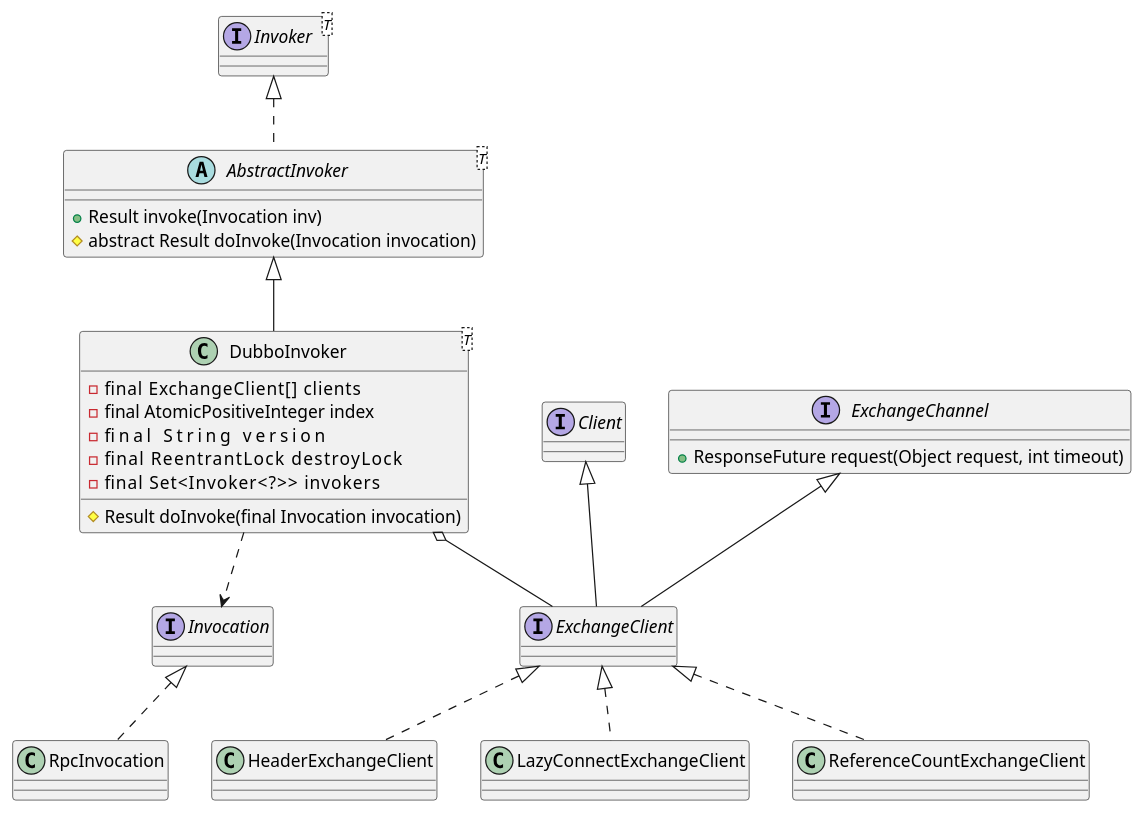
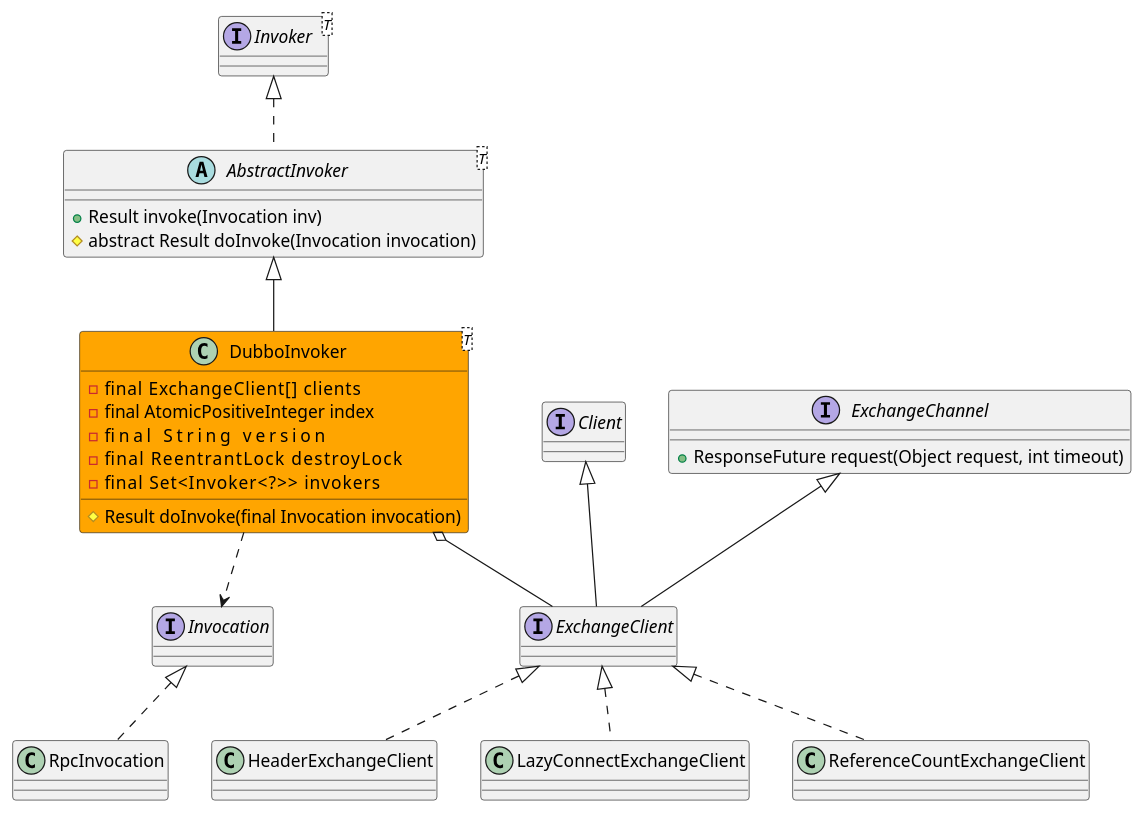
One commit to onlyonion/development changed the diagram in docs/30-distributed/src/dubbo/rpc/protocol/dubbo/DubboInvoker.md. Above: the diagram before and after it, drawn with PlantUML. The commit also changed other lines of this file and 173 other files, not shown here.

````diff
--- a/docs/30-distributed/src/dubbo/rpc/protocol/dubbo/DubboInvoker.md
+++ b/docs/30-distributed/src/dubbo/rpc/protocol/dubbo/DubboInvoker.md
@@ -24,46 +25,46 @@
 ```plantuml
 @startuml
 
 '''''''''''''''''''''调用者''''''''''''''''''''''''
 interface Invoker<T>
 
 abstract class AbstractInvoker<T> {
     + Result invoke(Invocation inv)
     # abstract Result doInvoke(Invocation invocation)
 }
 Invoker ^.. AbstractInvoker
 
-class DubboInvoker<T> {
+class DubboInvoker<T> #orange {
     - final ExchangeClient[]      clients
     - final AtomicPositiveInteger index
     - final String                version
     - final ReentrantLock         destroyLock
     - final Set<Invoker<?>>       invokers
     # Result doInvoke(final Invocation invocation)
 }
 AbstractInvoker ^-- DubboInvoker
 
 '''''''''''''''''''''调用器''''''''''''''''''''''''
 interface Invocation
 class RpcInvocation
 Invocation ^.. RpcInvocation
 DubboInvoker ..> Invocation
 
 '''''''''''''''''''''交换层''''''''''''''''''''''''
 interface Client
 interface ExchangeClient
 interface ExchangeChannel {
     + ResponseFuture request(Object request, int timeout)
 }
 
 Client ^-- ExchangeClient
 ExchangeChannel ^-- ExchangeClient
 
 ExchangeClient ^.. HeaderExchangeClient
 ExchangeClient ^.. LazyConnectExchangeClient
 ExchangeClient ^.. ReferenceCountExchangeClient
 
 DubboInvoker o-- ExchangeClient
 
 @enduml
 ```
````
